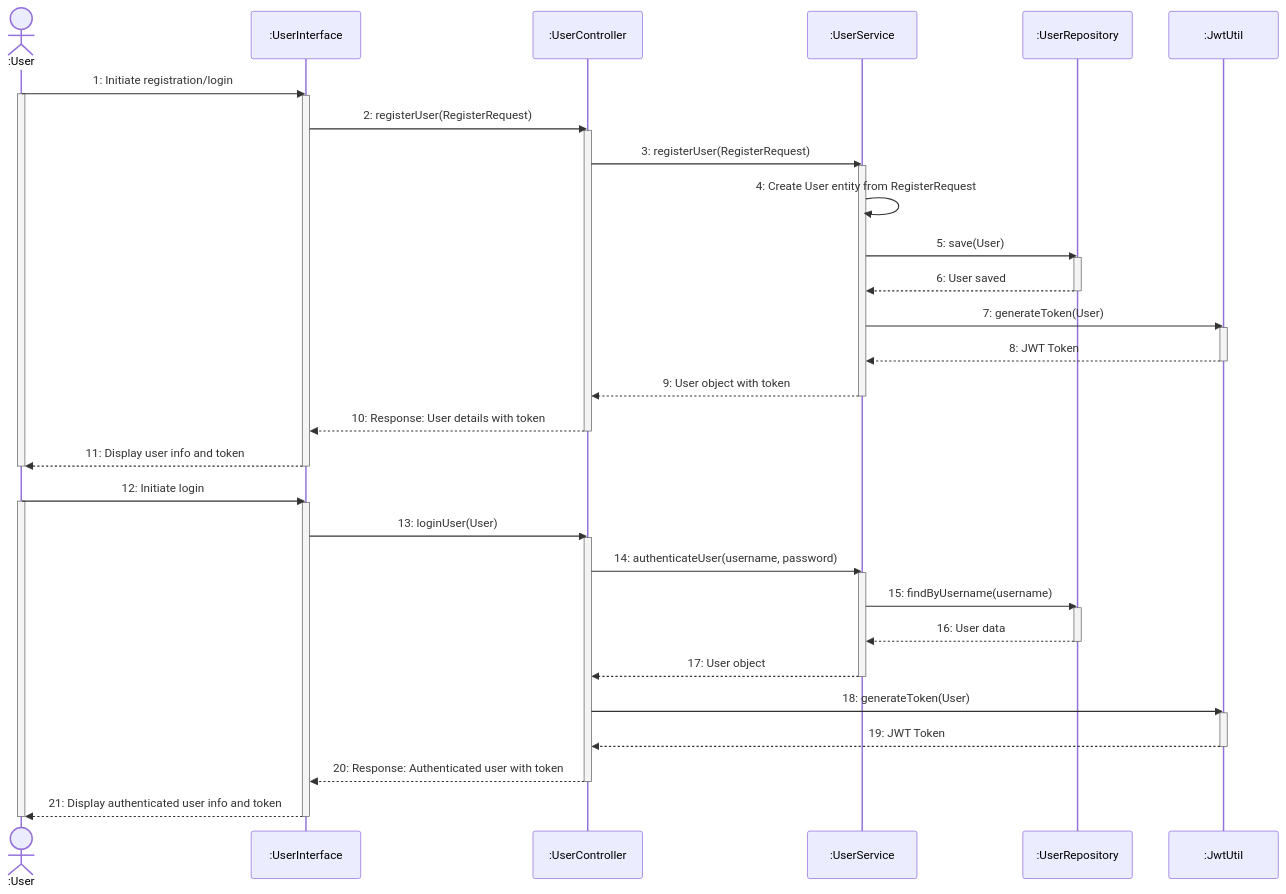
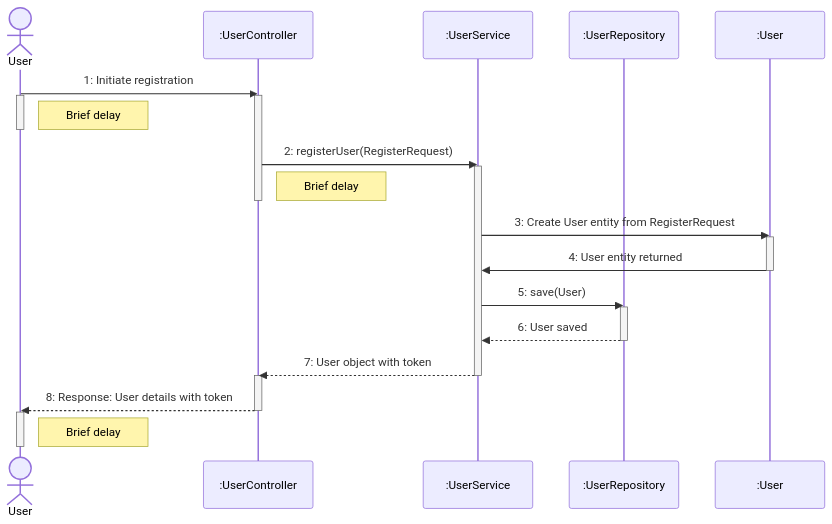
Before and after one commit to lightmon233/Memento: the third of 15 diagrams in README.md, drawn with Mermaid. The commit also changed other lines of this file, not shown here.

````diff
--- a/README.md
+++ b/README.md
@@ -174,55 +174,34 @@
 ```mermaid
 sequenceDiagram
-    actor User as :User
-    participant UserInterface as :UserInterface
+    actor User 
     participant UserController as :UserController
     participant UserService as :UserService
     participant UserRepository as :UserRepository
-    participant JwtUtil as :JwtUtil
-    User->>UserInterface: 1: Initiate registration/login
+    participant UserEntity as :User
+
+    User->>UserController: 1: Initiate registration
     activate User
-    activate UserInterface
-    UserInterface->>UserController: 2: registerUser(RegisterRequest)
     activate UserController
-    UserController->>UserService: 3: registerUser(RegisterRequest)
+    Note right of User: Brief delay
+    deactivate User
+    UserController->>UserService: 2: registerUser(RegisterRequest)
     activate UserService
-    UserService->>UserService: 4: Create User entity from RegisterRequest
+    Note right of UserController: Brief delay
+    deactivate UserController
+    UserService->>UserEntity: 3: Create User entity from RegisterRequest
+    activate UserEntity
+    UserEntity->>UserService: 4: User entity returned
+    deactivate UserEntity
     UserService->>UserRepository: 5: save(User)
     activate UserRepository
     UserRepository-->>UserService: 6: User saved
     deactivate UserRepository
-    UserService->>JwtUtil: 7: generateToken(User)
-    activate JwtUtil
-    JwtUtil-->>UserService: 8: JWT Token
-    deactivate JwtUtil
-    UserService-->>UserController: 9: User object with token
+    UserService-->>UserController: 7: User object with token
     deactivate UserService
-    UserController-->>UserInterface: 10: Response: User details with token
-    deactivate UserController
-    UserInterface-->>User: 11: Display user info and token
-    deactivate UserInterface
-    deactivate User
-    User->>UserInterface: 12: Initiate login
-    activate User
-    activate UserInterface
-    UserInterface->>UserController: 13: loginUser(User)
     activate UserController
-    UserController->>UserService: 14: authenticateUser(username, password)
-    activate UserService
-    UserService->>UserRepository: 15: findByUsername(username)
-    activate UserRepository
-    UserRepository-->>UserService: 16: User data
-    deactivate UserRepository
-    UserService-->>UserController: 17: User object
-    deactivate UserService
-    UserController->>JwtUtil: 18: generateToken(User)
-    activate JwtUtil
-    JwtUtil-->>UserController: 19: JWT Token
-    deactivate JwtUtil
-    UserController-->>UserInterface: 20: Response: Authenticated user with token
-    deactivate UserController
-    UserInterface-->>User: 21: Display authenticated user info and token
-    deactivate UserInterface
-    deactivate User
-
+    UserController-->>User: 8: Response: User details with token
+	deactivate UserController
+	activate User
+	Note right of User: Brief delay
+	deactivate User
 ```
````
